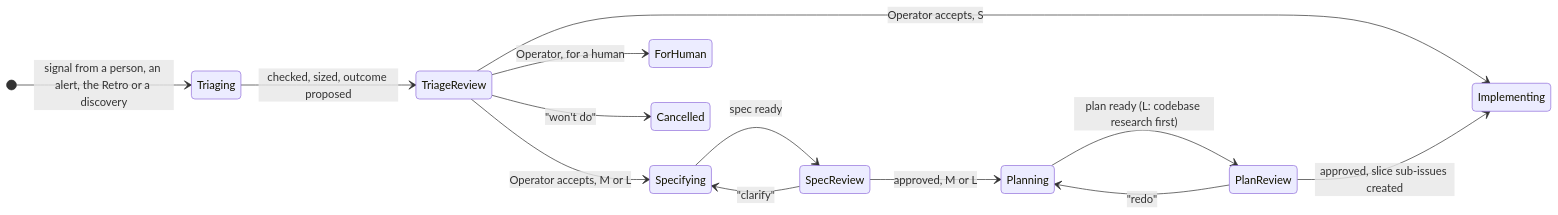
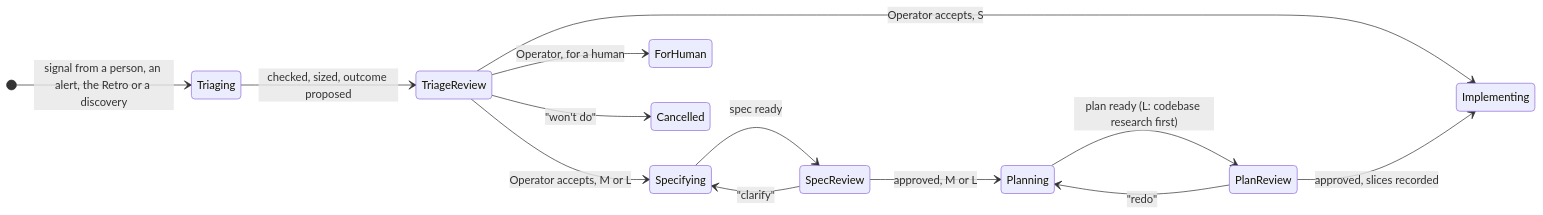
One commit to redikultsev/agentic-sdlc-atlas changed the first of 2 diagrams in docs/states.md. Above: the diagram before and after it, drawn with Mermaid. The commit also changed other lines of this file and 25 other files, not shown here.

````diff
--- a/docs/states.md
+++ b/docs/states.md
@@ -7,16 +7,16 @@
 ```mermaid
 stateDiagram-v2
   direction LR
   [*] --> Triaging: signal from a person, an alert, the Retro or a discovery
   Triaging --> TriageReview: checked, sized, outcome proposed
   TriageReview --> Implementing: Operator accepts, S
   TriageReview --> Specifying: Operator accepts, M or L
   TriageReview --> ForHuman: Operator, for a human
   TriageReview --> Cancelled: "won't do"
   Specifying --> SpecReview: spec ready
   SpecReview --> Specifying: "clarify"
   SpecReview --> Planning: approved, M or L
   Planning --> PlanReview: plan ready (L: codebase research first)
   PlanReview --> Planning: "redo"
-  PlanReview --> Implementing: approved, slice sub-issues created
+  PlanReview --> Implementing: approved, slices recorded
 ```
````
